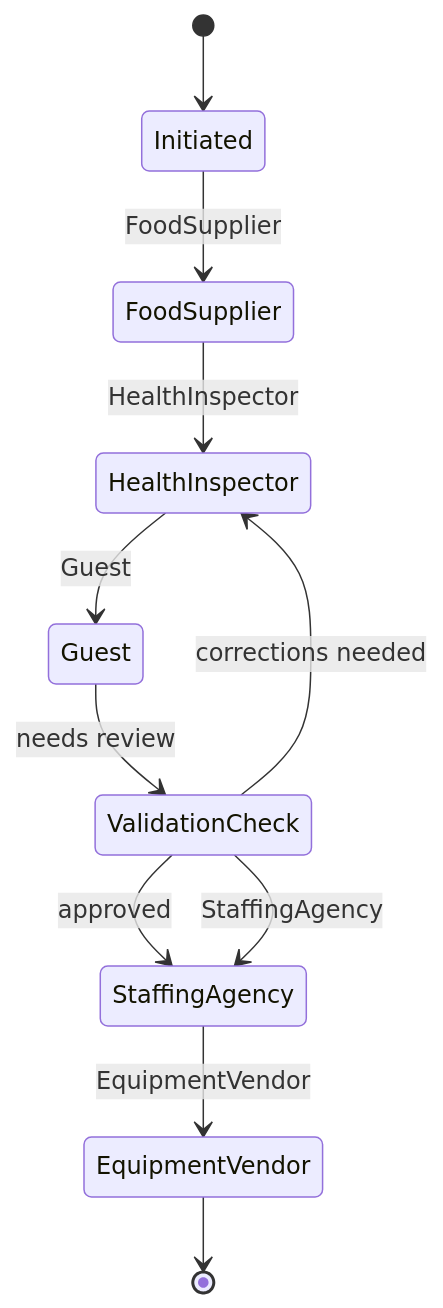
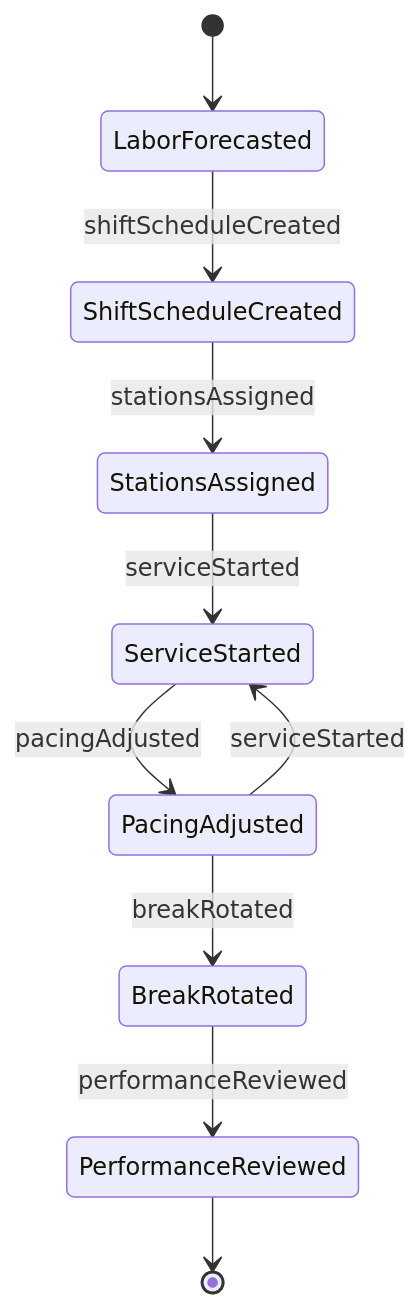
The second of 4 diagrams in GuidingDirectingAndMotivatingSubordinates/DirectOrganizationalOperationsActivitiesOrProcedures/CoordinateActivitiesFoodServiceStaff.mdx (dot-org-ai/tasks.org.ai), drawn with Mermaid before and after one commit. The commit also changed other lines of this file and 515 other files, not shown here.

````diff
--- a/GuidingDirectingAndMotivatingSubordinates/DirectOrganizationalOperationsActivitiesOrProcedures/CoordinateActivitiesFoodServiceStaff.mdx
+++ b/GuidingDirectingAndMotivatingSubordinates/DirectOrganizationalOperationsActivitiesOrProcedures/CoordinateActivitiesFoodServiceStaff.mdx
@@ -103,13 +103,12 @@
 ```mermaid
 stateDiagram-v2
-    [*] --> Initiated
-    Initiated --> FoodSupplier: FoodSupplier
-    FoodSupplier --> HealthInspector: HealthInspector
-    HealthInspector --> Guest: Guest
-    Guest --> ValidationCheck: needs review
-    ValidationCheck --> HealthInspector: corrections needed
-    ValidationCheck --> StaffingAgency: approved
-    ValidationCheck --> StaffingAgency: StaffingAgency
-    StaffingAgency --> EquipmentVendor: EquipmentVendor
-    EquipmentVendor --> [*]
+    [*] --> LaborForecasted
+    LaborForecasted --> ShiftScheduleCreated : shiftScheduleCreated
+    ShiftScheduleCreated --> StationsAssigned : stationsAssigned
+    StationsAssigned --> ServiceStarted : serviceStarted
+    ServiceStarted --> PacingAdjusted : pacingAdjusted
+    PacingAdjusted --> BreakRotated : breakRotated
+    BreakRotated --> PerformanceReviewed : performanceReviewed
+    PacingAdjusted --> ServiceStarted : serviceStarted
+    PerformanceReviewed --> [*]
 ```
````
